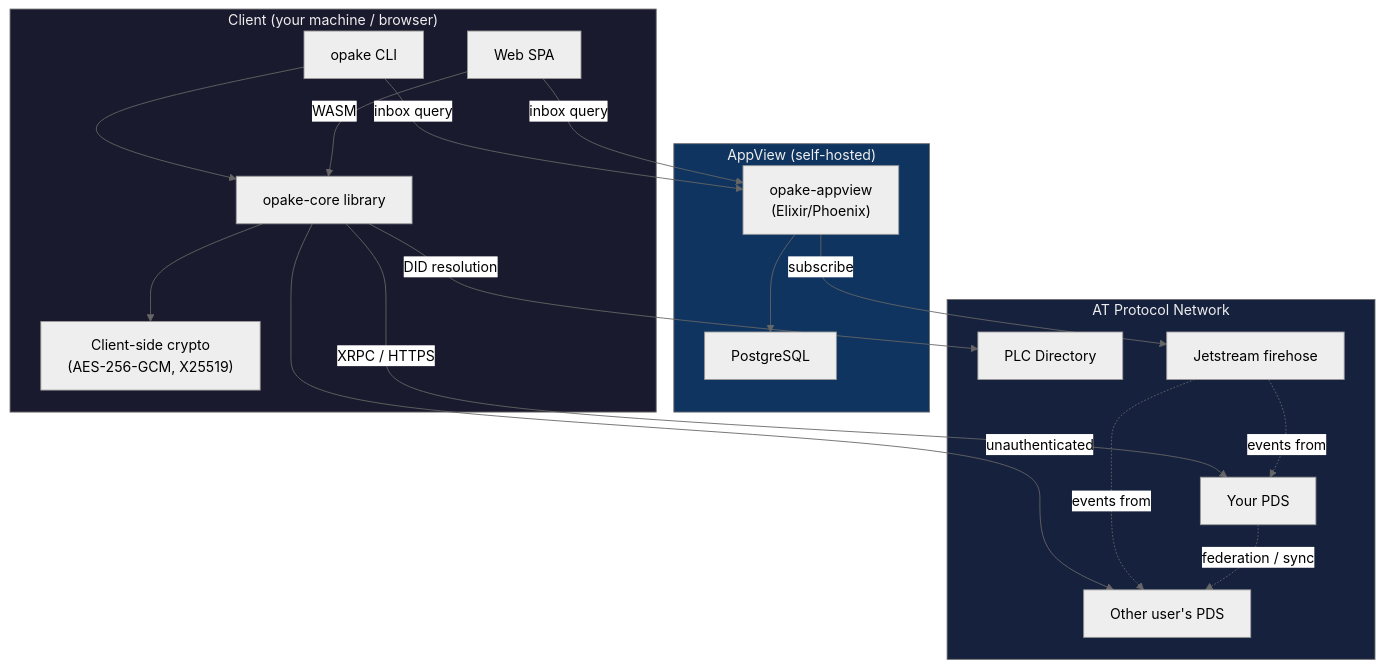
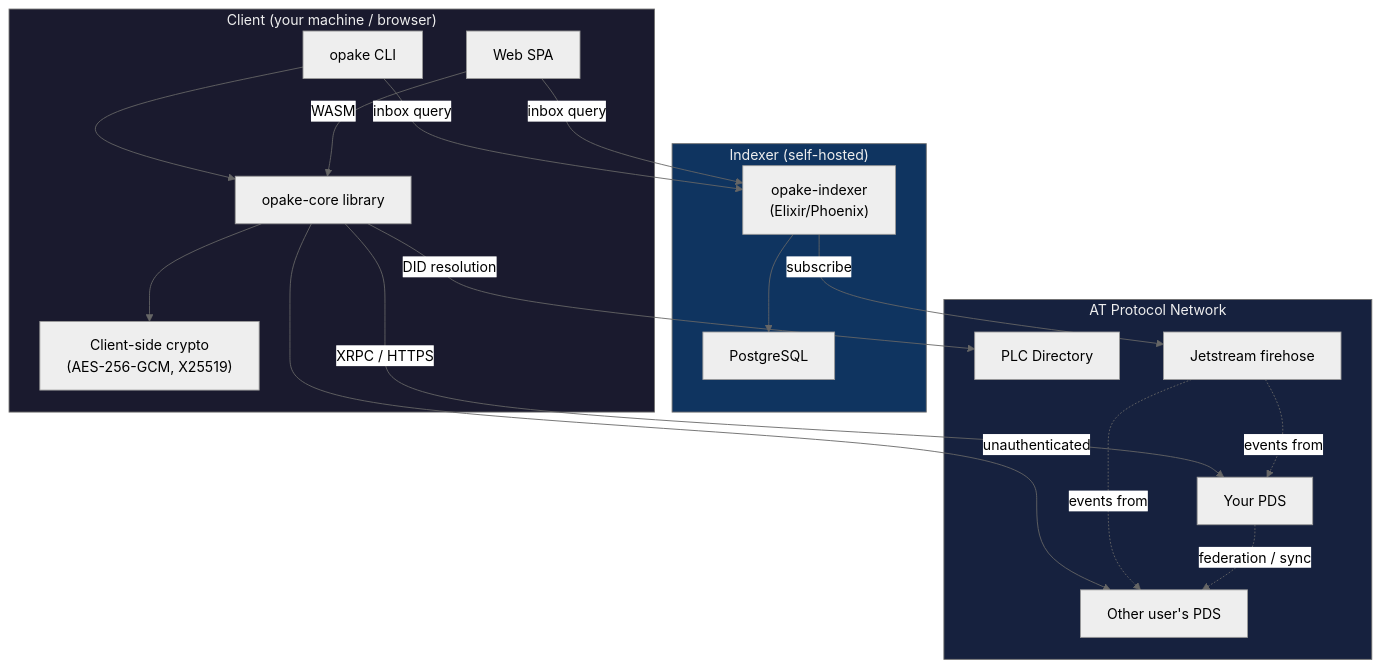
One commit to Sans-Self/Opake changed the first of 2 diagrams in docs/ARCHITECTURE.md. Above: the diagram before and after it, drawn with Mermaid (neutral theme). The commit also changed other lines of this file and 302 other files, not shown here.

First line of the commit message:
Rename appview → indexer across codebase

````diff
--- a/docs/ARCHITECTURE.md
+++ b/docs/ARCHITECTURE.md
@@ -12,41 +12,41 @@
 ```mermaid
 graph TB
     subgraph Client ["Client (your machine / browser)"]
         CLI["opake CLI"]
         Web["Web SPA"]
         Core["opake-core library"]
         Crypto["Client-side crypto<br/>(AES-256-GCM, X25519)"]
     end
 
-    subgraph Server ["AppView (self-hosted)"]
-        AppView["opake-appview<br/>(Elixir/Phoenix)"]
+    subgraph Server ["Indexer (self-hosted)"]
+        Indexer["opake-indexer<br/>(Elixir/Phoenix)"]
         Postgres["PostgreSQL"]
     end
 
     subgraph Network ["AT Protocol Network"]
         OwnPDS["Your PDS"]
         OtherPDS["Other user's PDS"]
         PLC["PLC Directory"]
         Jetstream["Jetstream firehose"]
     end
 
     CLI --> Core
     Web -->|WASM| Core
     Core --> Crypto
     Core -->|XRPC / HTTPS| OwnPDS
     Core -->|unauthenticated| OtherPDS
     Core -->|DID resolution| PLC
-    CLI -->|inbox query| AppView
-    Web -->|inbox query| AppView
+    CLI -->|inbox query| Indexer
+    Web -->|inbox query| Indexer
 
-    AppView -->|subscribe| Jetstream
-    AppView --> Postgres
+    Indexer -->|subscribe| Jetstream
+    Indexer --> Postgres
     Jetstream -.->|events from| OwnPDS
     Jetstream -.->|events from| OtherPDS
 
     OwnPDS -.->|federation / sync| OtherPDS
 
     style Client fill:#1a1a2e,color:#eee
     style Server fill:#0f3460,color:#eee
     style Network fill:#16213e,color:#eee
 ```
````
